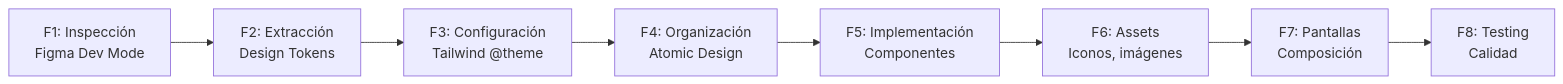
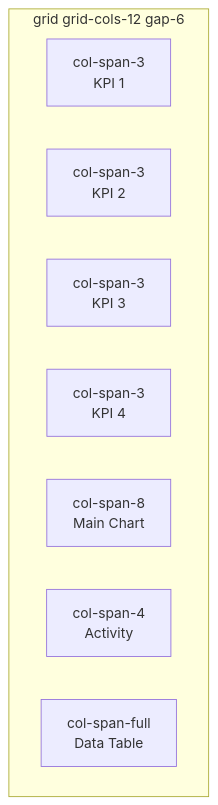
The third of 4 diagrams in unidad-05.md (Jose-Quesada/presentacion-desarrollo-interfaces-26-27), drawn with Mermaid before and after one commit. The commit also changed other lines of this file and 52 other files, not shown here.

```diff
--- a/unidad-05.md
+++ b/unidad-05.md
@@ -53,10 +254,12 @@
 <div class="mermaid">
-graph LR
-  A["F1: Inspección<br>Figma Dev Mode"] --> B["F2: Extracción<br>Design Tokens"]
-  B --> C["F3: Configuración<br>Tailwind @theme"]
-  C --> D["F4: Organización<br>Atomic Design"]
-  D --> E["F5: Implementación<br>Componentes"]
-  E --> F["F6: Assets<br>Iconos, imágenes"]
-  F --> G["F7: Pantallas<br>Composición"]
-  G --> H["F8: Testing<br>Calidad"]
+graph TB
+  subgraph "grid grid-cols-12 gap-6"
+    A["col-span-3<br>KPI 1"] 
+    B["col-span-3<br>KPI 2"]
+    C["col-span-3<br>KPI 3"]
+    D["col-span-3<br>KPI 4"]
+    E["col-span-8<br>Main Chart"]
+    F["col-span-4<br>Activity"]
+    G["col-span-full<br>Data Table"]
+  end
 </div>
```
